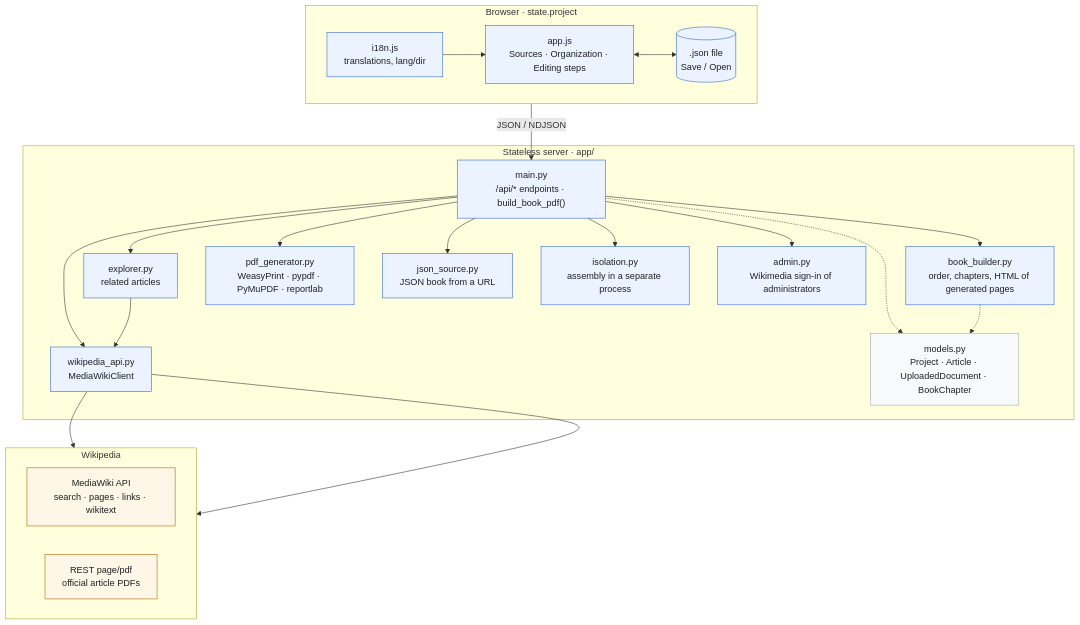
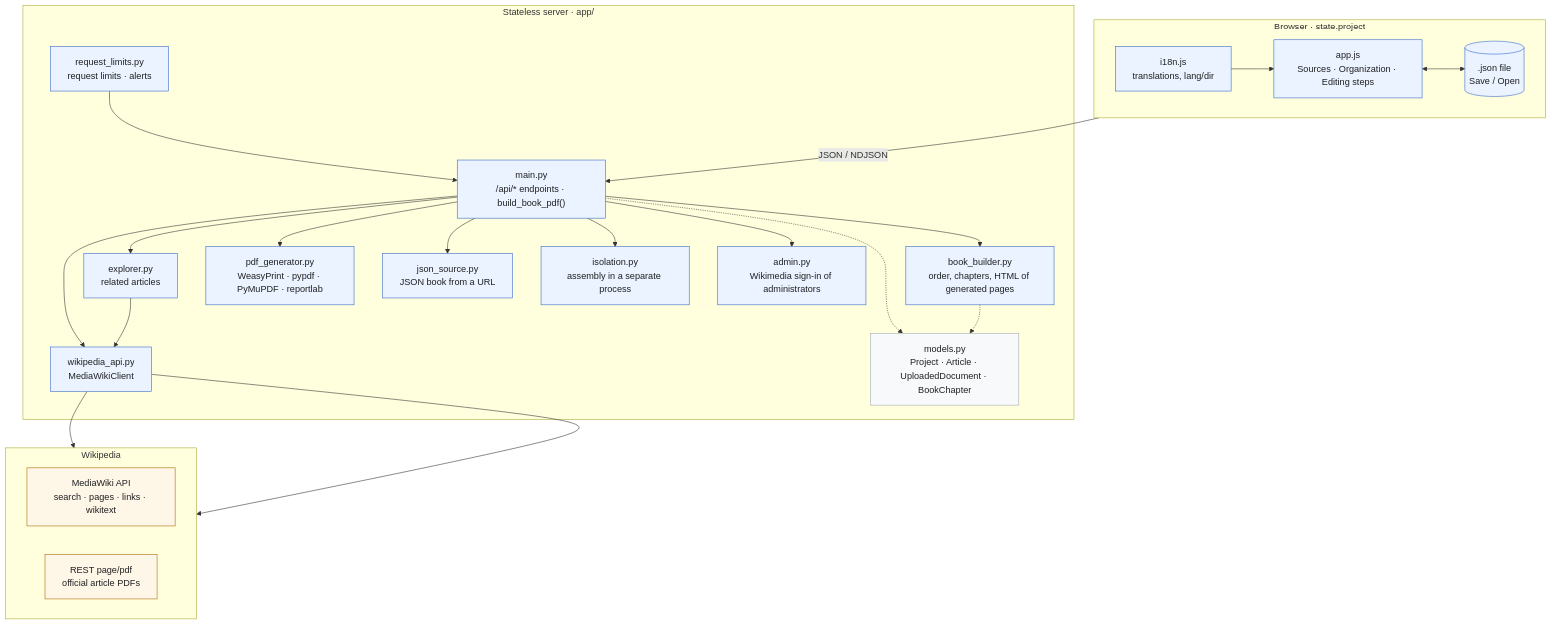
The first of 2 diagrams in docs/TechnicalSpec.en.md (gmoulard/wikipedia2book), drawn with Mermaid before and after one commit. The commit also changed other lines of this file and 5 other files, not shown here.

````diff
--- a/docs/TechnicalSpec.en.md
+++ b/docs/TechnicalSpec.en.md
@@ -442,50 +442,52 @@
 ```mermaid
 flowchart TB
     subgraph Browser["Browser · state.project"]
         direction LR
         I18N["i18n.js<br/>translations, lang/dir"]
         APP["app.js<br/>Sources · Organization · Editing steps"]
         FILE[(".json file<br/>Save / Open")]
         I18N --> APP
         APP <--> FILE
     end
 
     subgraph Server["Stateless server · app/"]
         MAIN["main.py<br/>/api/* endpoints · build_book_pdf()"]
         EXPL["explorer.py<br/>related articles"]
         BB["book_builder.py<br/>order, chapters, HTML of generated pages"]
         PDFG["pdf_generator.py<br/>WeasyPrint · pypdf · PyMuPDF · reportlab"]
         WAPI["wikipedia_api.py<br/>MediaWikiClient"]
         JSRC["json_source.py<br/>JSON book from a URL"]
+        GUARD["request_limits.py<br/>request limits · alerts"]
+        GUARD --> MAIN
         MODELS["models.py<br/>Project · Article · UploadedDocument · BookChapter"]
         MAIN --> EXPL
         MAIN --> BB
         ISO["isolation.py<br/>assembly in a separate process"]
         ADM["admin.py<br/>Wikimedia sign-in of administrators"]
         MAIN --> ADM
         MAIN --> ISO
         MAIN --> PDFG
         MAIN --> WAPI
         MAIN --> JSRC
         EXPL --> WAPI
     end
 
     subgraph Wikipedia["Wikipedia"]
         direction LR
         MW["MediaWiki API<br/>search · pages · links · wikitext"]
         REST["REST page/pdf<br/>official article PDFs"]
     end
 
     APP -- "JSON / NDJSON" --> MAIN
     WAPI --> MW
     WAPI --> REST
     MAIN -.-> MODELS
     BB -.-> MODELS
 
     classDef app fill:#eaf3ff,stroke:#3366cc,color:#202122
     classDef wiki fill:#fef6e7,stroke:#ac6600,color:#202122
     classDef shared fill:#f8f9fa,stroke:#a2a9b1,color:#202122
-    class I18N,APP,FILE,MAIN,EXPL,BB,PDFG,WAPI,ISO,JSRC,ADM app
+    class I18N,APP,FILE,MAIN,EXPL,BB,PDFG,WAPI,ISO,JSRC,ADM,GUARD app
     class MW,REST wiki
     class MODELS shared
 ```
````
